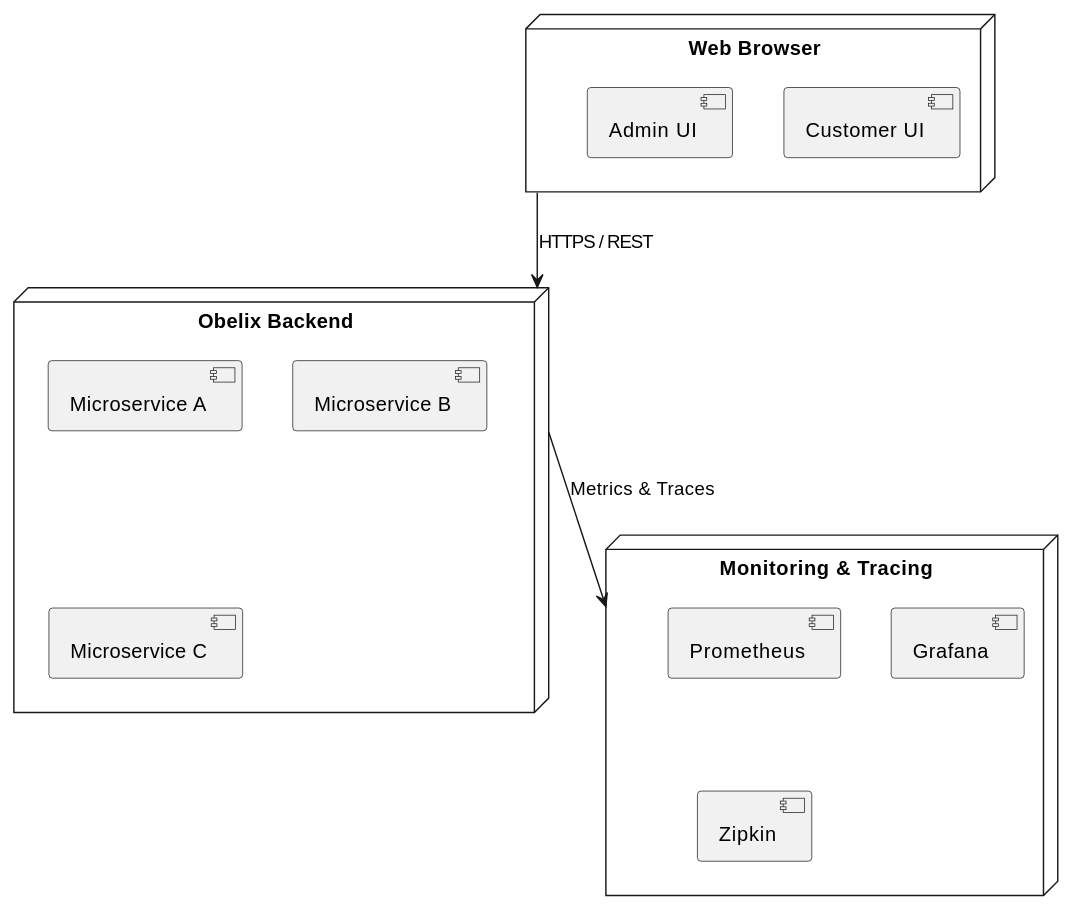
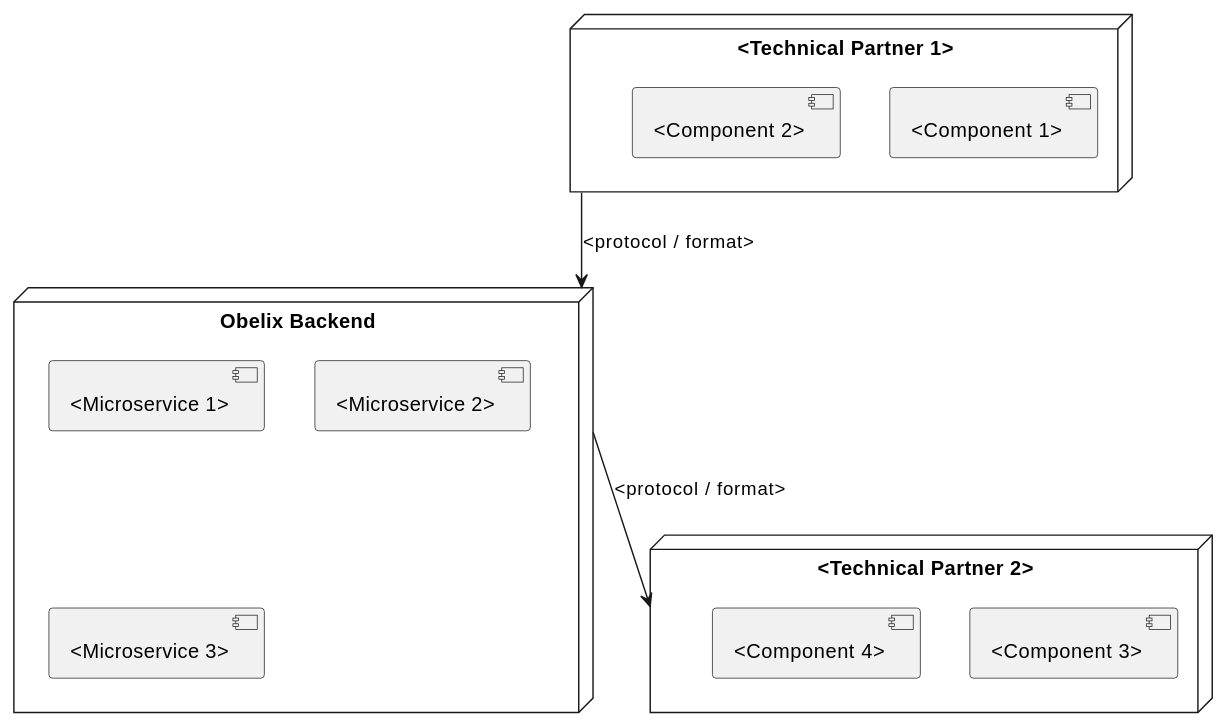
The second of 2 diagrams in docs/arc42/03_context_and_scope.adoc (Juschwy/m321-obelix-webshop-mvk), drawn with PlantUML before and after one commit. The commit also changed other lines of this file, not shown here.

```diff
--- a/docs/arc42/03_context_and_scope.adoc
+++ b/docs/arc42/03_context_and_scope.adoc
@@ -97,24 +84,23 @@
 [plantuml, technical-context, svg]
 ----
 @startuml
-node "Web Browser" {
-  component "Customer UI"
-  component "Admin UI"
+node "<Technical Partner 1>" {
+  component "<Component 1>"
+  component "<Component 2>"
 }
 
 node "Obelix Backend" {
-  component "Microservice A"
-  component "Microservice B"
-  component "Microservice C"
+  component "<Microservice 1>"
+  component "<Microservice 2>"
+  component "<Microservice 3>"
 }
 
-node "Monitoring & Tracing" {
-  component "Prometheus"
-  component "Grafana"
-  component "Zipkin"
+node "<Technical Partner 2>" {
+  component "<Component 3>"
+  component "<Component 4>"
 }
 
-"Web Browser" --> "Obelix Backend" : HTTPS / REST
-"Obelix Backend" --> "Monitoring & Tracing" : Metrics & Traces
+"<Technical Partner 1>" --> "Obelix Backend" : <protocol / format>
+"Obelix Backend" --> "<Technical Partner 2>" : <protocol / format>
 @enduml
 ----
```
